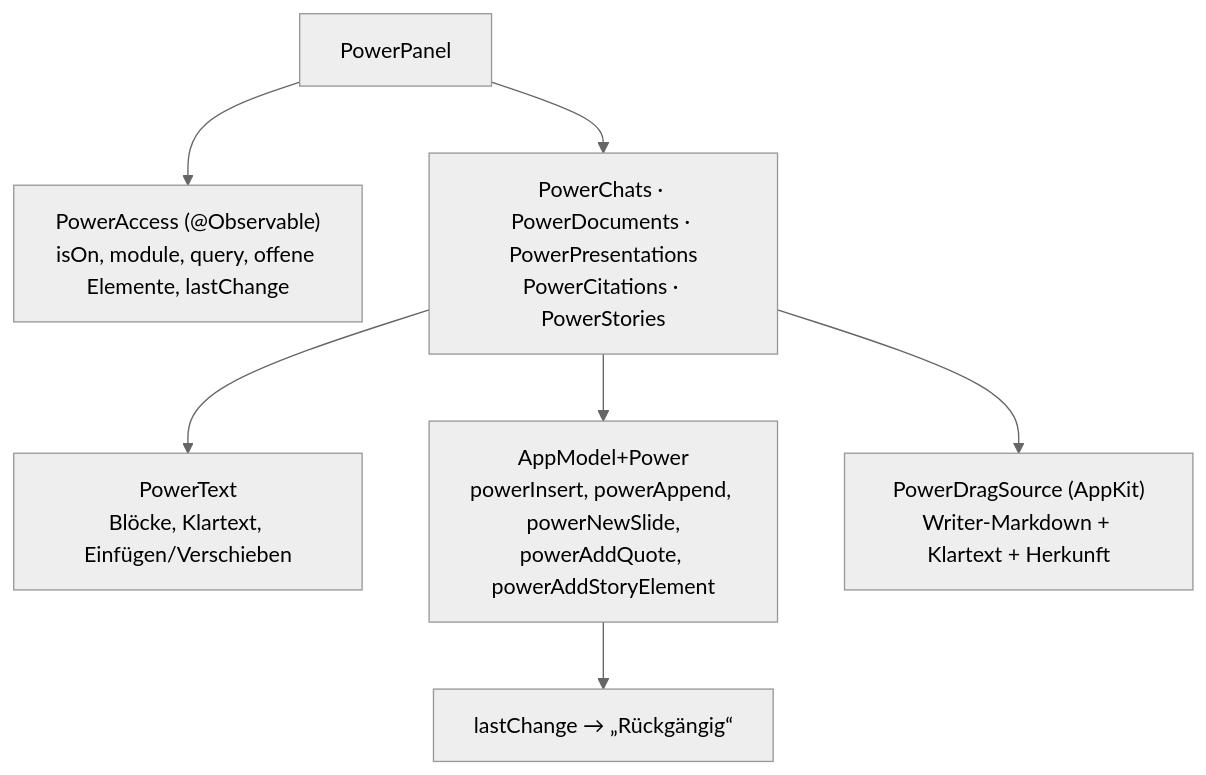
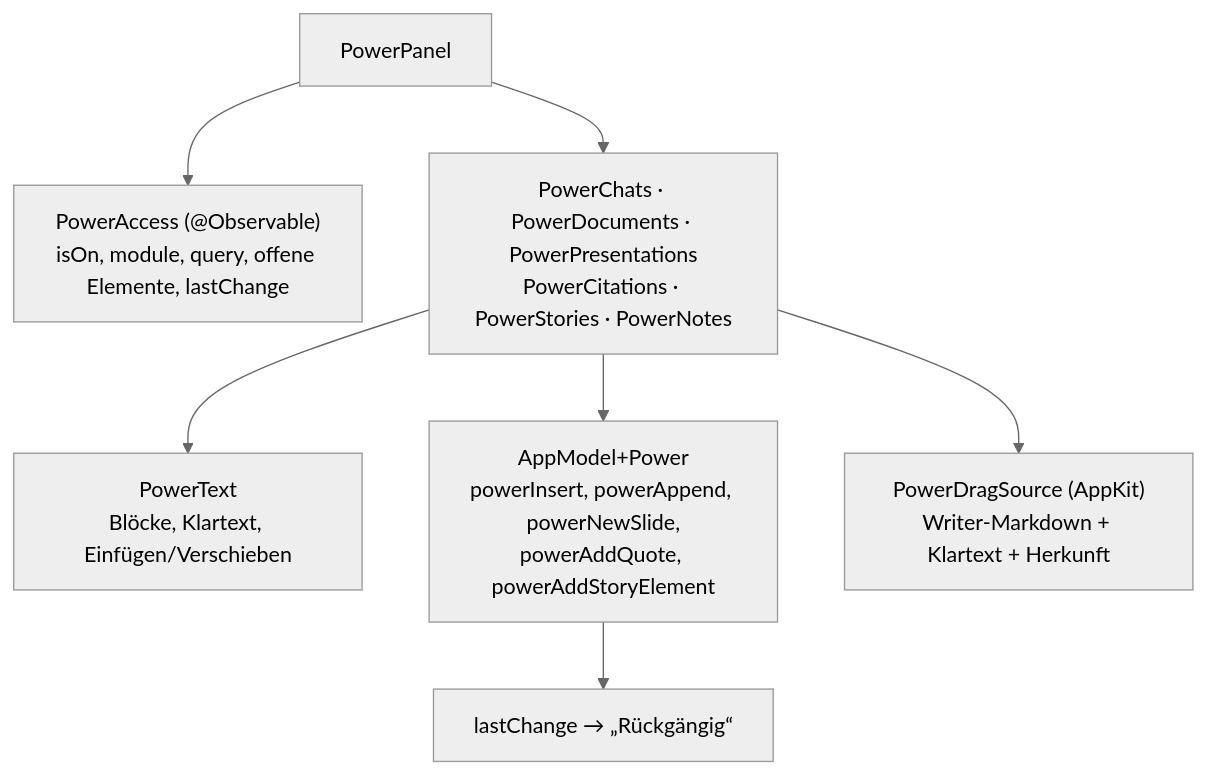
One commit to AlexEhrenberger/LLMDesigner changed the sixth of 7 diagrams in docs/architektur.md. Above: the diagram before and after it, drawn with Mermaid (neutral theme). The commit also changed other lines of this file and 37 other files, not shown here.

````diff
--- a/docs/architektur.md
+++ b/docs/architektur.md
@@ -167,10 +170,10 @@
 ```mermaid
 flowchart TB
     PA["PowerAccess (@Observable)<br/>isOn, module, query, offene Elemente, lastChange"]
     PP["PowerPanel"] --> PA
-    PP --> MOD["PowerChats · PowerDocuments · PowerPresentations<br/>PowerCitations · PowerStories"]
+    PP --> MOD["PowerChats · PowerDocuments · PowerPresentations<br/>PowerCitations · PowerStories · PowerNotes"]
     MOD --> PT["PowerText<br/>Blöcke, Klartext, Einfügen/Verschieben"]
     MOD --> AMP["AppModel+Power<br/>powerInsert, powerAppend, powerNewSlide,<br/>powerAddQuote, powerAddStoryElement"]
     MOD --> DS["PowerDragSource (AppKit)<br/>Writer-Markdown + Klartext + Herkunft"]
     AMP --> UNDO["lastChange → „Rückgängig“"]
 ```
````
